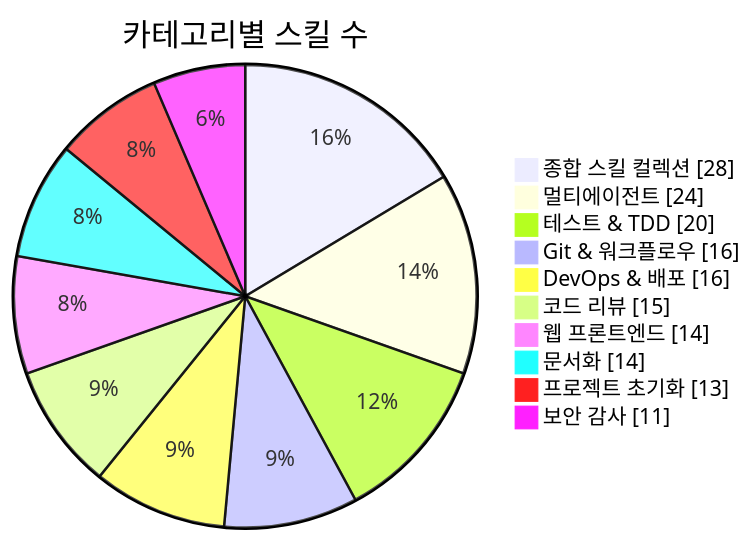
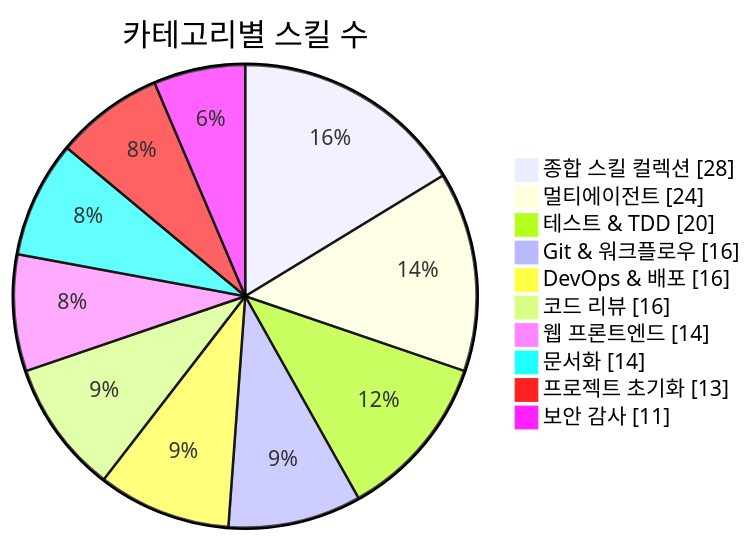
One commit to J-nowcow/awesome-korean-agent-skills changed the first of 3 diagrams in README.md. Above: the diagram before and after it, drawn with Mermaid. The commit also changed other lines of this file and 4 other files, not shown here.

````diff
--- a/README.md
+++ b/README.md
@@ -176,14 +176,14 @@
 ```mermaid
 pie showData
     title 카테고리별 스킬 수
     "종합 스킬 컬렉션" : 28
     "멀티에이전트" : 24
     "테스트 & TDD" : 20
     "Git & 워크플로우" : 16
     "DevOps & 배포" : 16
-    "코드 리뷰" : 15
+    "코드 리뷰" : 16
     "웹 프론트엔드" : 14
     "문서화" : 14
     "프로젝트 초기화" : 13
     "보안 감사" : 11
 ```
````
